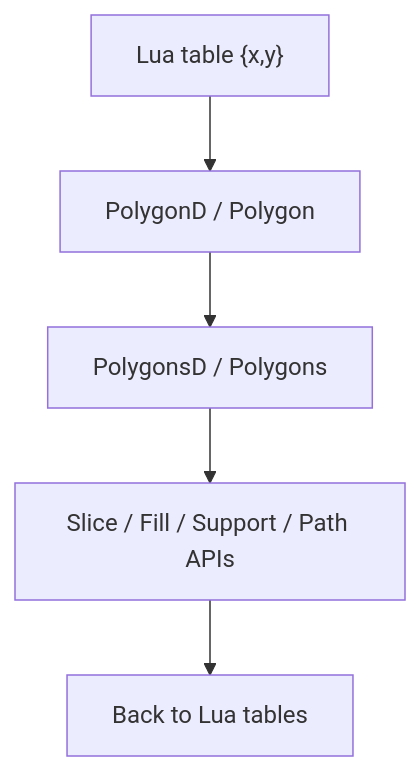
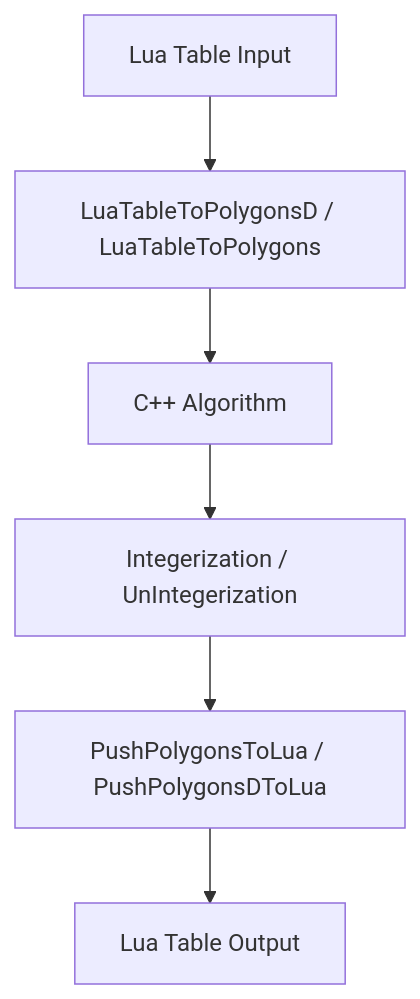
The fifth of 6 diagrams in .qoder/repowiki/en/content/Lua Scripting System/Lua Scripting System.md (hsmbanlance/HsBaSlicer), drawn with Mermaid before and after one commit. The commit also changed other lines of this file and 1135 other files, not shown here.

````diff
--- a/.qoder/repowiki/en/content/Lua Scripting System/Lua Scripting System.md
+++ b/.qoder/repowiki/en/content/Lua Scripting System/Lua Scripting System.md
@@ -276,7 +389,8 @@
 ```mermaid
 flowchart TD
-A["Lua table {x,y}"] --> B["PolygonD / Polygon"]
-B --> C["PolygonsD / Polygons"]
-C --> D["Slice / Fill / Support / Path APIs"]
-D --> E["Back to Lua tables"]
+LuaIn["Lua Table Input"] --> Convert["LuaTableToPolygonsD / LuaTableToPolygons"]
+Convert --> CoreAlg["C++ Algorithm"]
+CoreAlg --> IntConv["Integerization / UnIntegerization"]
+IntConv --> Push["PushPolygonsToLua / PushPolygonsDToLua"]
+Push --> LuaOut["Lua Table Output"]
 ```
````
